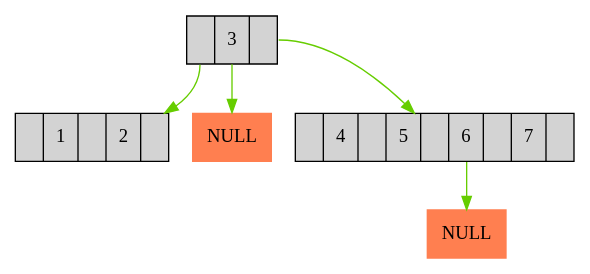
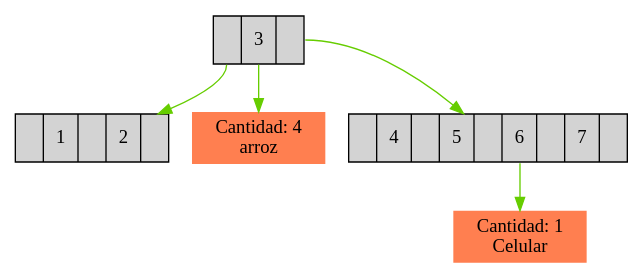
Before and after one commit to JColindres/P2-EDD-DIC18: the diagram in Proyecto2_201602713_201612216/Servidor/arbolb.dot, drawn with Graphviz. The commit also changed 4 other files, not shown here.

```diff
--- a/Proyecto2_201602713_201612216/Servidor/arbolb.dot
+++ b/Proyecto2_201602713_201612216/Servidor/arbolb.dot
@@ -1,17 +1,17 @@
 digraph G {node[shape=record, style=filled]; edge[color=chartreuse3];
 
-Nodo0[label="<P0>|3|<P1>"];
-Nodo0:3->Node_3_det_null 
- Node_3_det_null[shape=box,color=coral,label="NULL"];
+Nodo0[label="<P0>|<3>3|<P1>"];
+Nodo0:3->Node_0_3_0 
+ Node_0_3_0[shape=box,color=coral,label="Cantidad: 4\narroz"];
 
 
 Nodo1[label="<P0>|<1>1|<P1>|<2>2|<P2>"];
 Nodo0:P0-> Nodo1;
 Nodo2[label="<P0>|<4>4|<P1>|<5>5|<P2>|<6>6|<P3>|<7>7|<P4>"];
 Nodo0:P1-> Nodo2;
-Nodo2:6->Node_6_det_null 
- Node_6_det_null[shape=box,color=coral,label="NULL"];
+Nodo2:6->Node_0_6_0 
+ Node_0_6_0[shape=box,color=coral,label="Cantidad: 1\nCelular"];
 
 
 
 }
```
